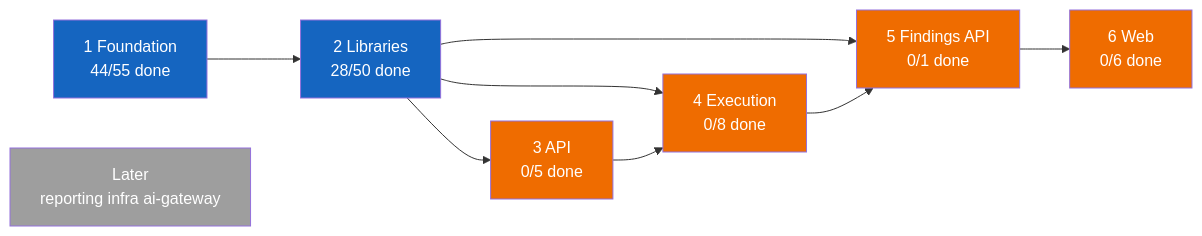
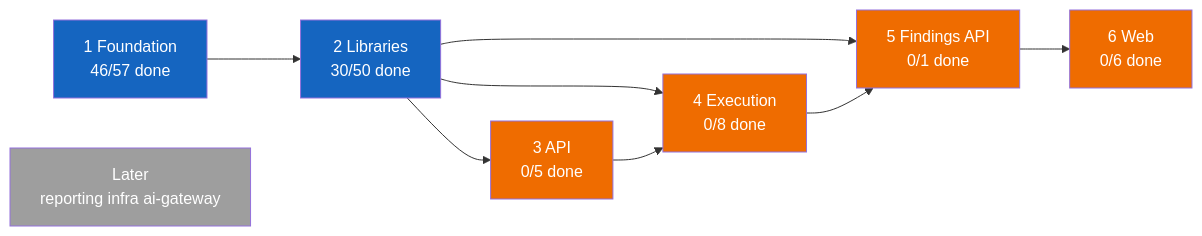
One commit to vulcanflow/docs changed the first of 2 diagrams in PROGRESS.md. Above: the diagram before and after it, drawn with Mermaid. The commit also changed other lines of this file and 1 other file, not shown here.

````diff
--- a/PROGRESS.md
+++ b/PROGRESS.md
@@ -24,31 +24,31 @@
 ```mermaid
 flowchart LR
-  P1["1 Foundation<br/>44/55 done"]
-  P2["2 Libraries<br/>28/50 done"]
+  P1["1 Foundation<br/>46/57 done"]
+  P2["2 Libraries<br/>30/50 done"]
   P3["3 API<br/>0/5 done"]
   P4["4 Execution<br/>0/8 done"]
   P5["5 Findings API<br/>0/1 done"]
   P6["6 Web<br/>0/6 done"]
   L["Later<br/>reporting infra ai-gateway"]
 
   P1 --> P2
   P2 --> P3
   P2 --> P4
   P3 --> P4
   P2 --> P5
   P4 --> P5
   P5 --> P6
 
   classDef done fill:#2e7d32,color:#fff
   classDef active fill:#1565c0,color:#fff
   classDef held fill:#9e9e9e,color:#fff
   classDef blocked fill:#ef6c00,color:#fff
 
   class P1 active
   class P2 active
   class P3 blocked
   class P4 blocked
   class P5 blocked
   class P6 blocked
   class L held
 ```
````
